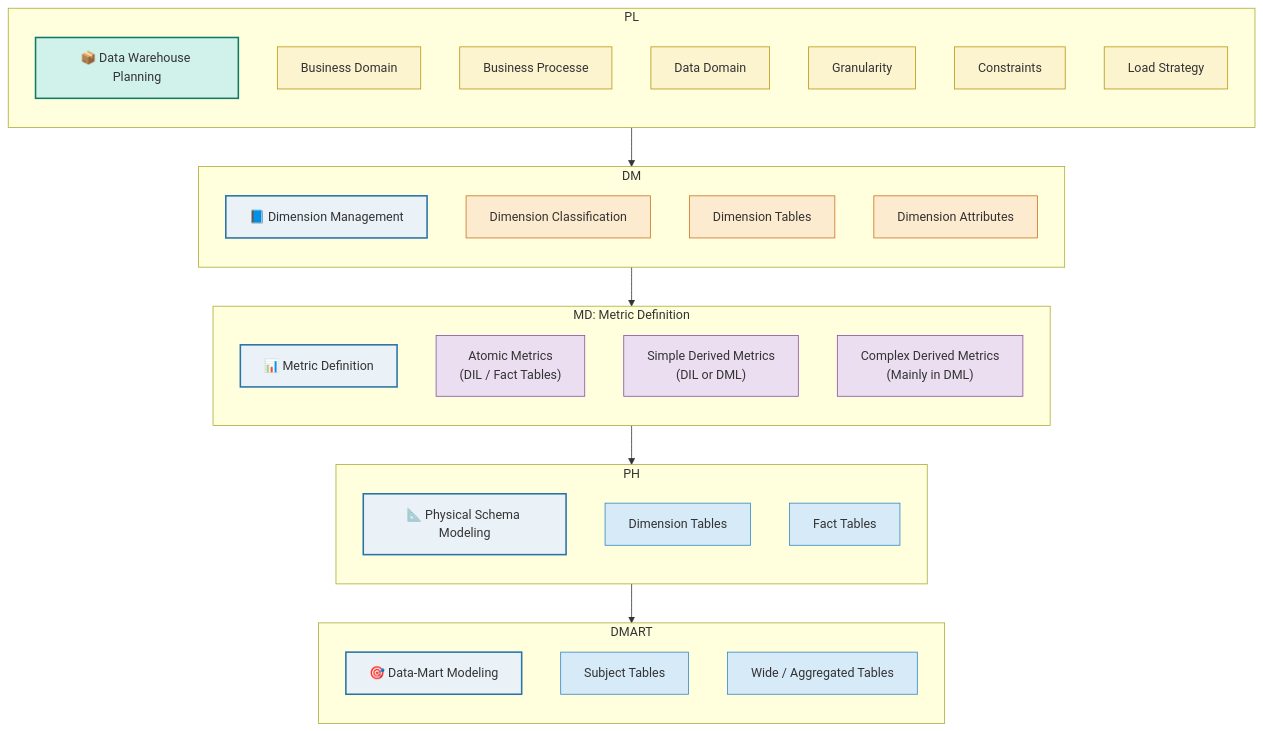
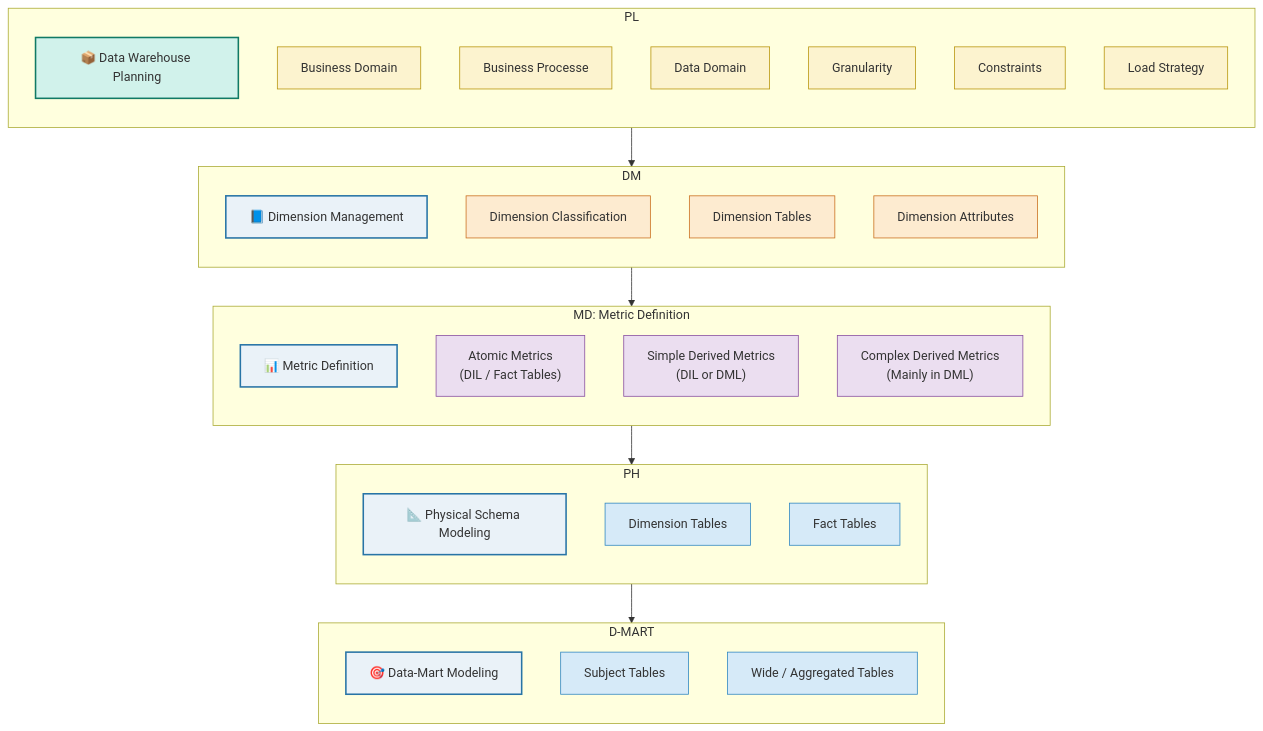
Before and after one commit to blaire101/data-warehouse-solutions: the first of 6 diagrams in README.md, drawn with Mermaid.

````diff
--- a/README.md
+++ b/README.md
@@ -37,63 +37,63 @@
 ```mermaid
 flowchart TB
 
 %% Planning
 subgraph PL["PL"]
   direction TB
   Data_Warehouse_Planning["📦 Data Warehouse Planning"]:::topNode
   PL1["Business Domain"]:::subgroupNode
   PL2["Business Processe"]:::subgroupNode
   PL3["Data Domain"]:::subgroupNode
   PL5["Granularity"]:::subgroupNode
   PL6["Constraints"]:::subgroupNode
   PL7["Load Strategy"]:::subgroupNode
 end
 
 %% Dimension Management
 subgraph DM["DM"]
   direction TB
   Dimension_Management["📘 Dimension Management"]:::secondNode
   DM1["Dimension Classification"]:::yellowNode
   DM2["Dimension Tables"]:::yellowNode
   DM3["Dimension Attributes"]:::yellowNode
 end
 
 %% Metric Definition
 subgraph MD["MD: Metric Definition"]
   direction TB
   Metric_Definition["📊 Metric Definition"]:::secondNode
   AM["Atomic Metrics<br>(DIL / Fact Tables)"]:::purpleNode
   SM["Simple Derived Metrics<br>(DIL or DML)"]:::purpleNode
   CM["Complex Derived Metrics<br>(Mainly in DML)"]:::purpleNode
 end
 
 %% Physical Schema Modeling
 subgraph PH["PH"]
   direction TB
   Schema_Physical["📐 Physical Schema Modeling"]:::secondNode
   SM1["Dimension Tables"]:::blueNode
   SM2["Fact Tables"]:::blueNode
 end
 
 %% Data‑Mart / Subject Modeling
-subgraph DMART["DMART"]
+subgraph DMART["D-MART"]
   direction TB
   Data_Mart["🎯 Data‑Mart Modeling"]:::secondNode
   SM3["Subject Tables"]:::blueNode
   WAT3["Wide / Aggregated Tables"]:::blueNode
 end
 
 %% End‑to‑end Flow
 Data_Warehouse_Planning --> Dimension_Management
 Dimension_Management   --> Metric_Definition
 Metric_Definition      --> Schema_Physical
 Schema_Physical        --> Data_Mart
 
 %% Styling
 classDef topNode      fill:#D1F2EB,stroke:#117A65,stroke-width:2px;
 classDef secondNode   fill:#EAF2F8,stroke:#2874A6,stroke-width:2px;
 classDef subgroupNode fill:#FCF3CF,stroke:#B7950B,stroke-width:1px;
 classDef yellowNode   fill:#FDEBD0,stroke:#CA6F1E,stroke-width:1px;
 classDef purpleNode   fill:#EBDEF0,stroke:#884EA0,stroke-width:1px;
 classDef blueNode     fill:#D6EAF8,stroke:#2E86C1,stroke-width:1px;
 ```
````
